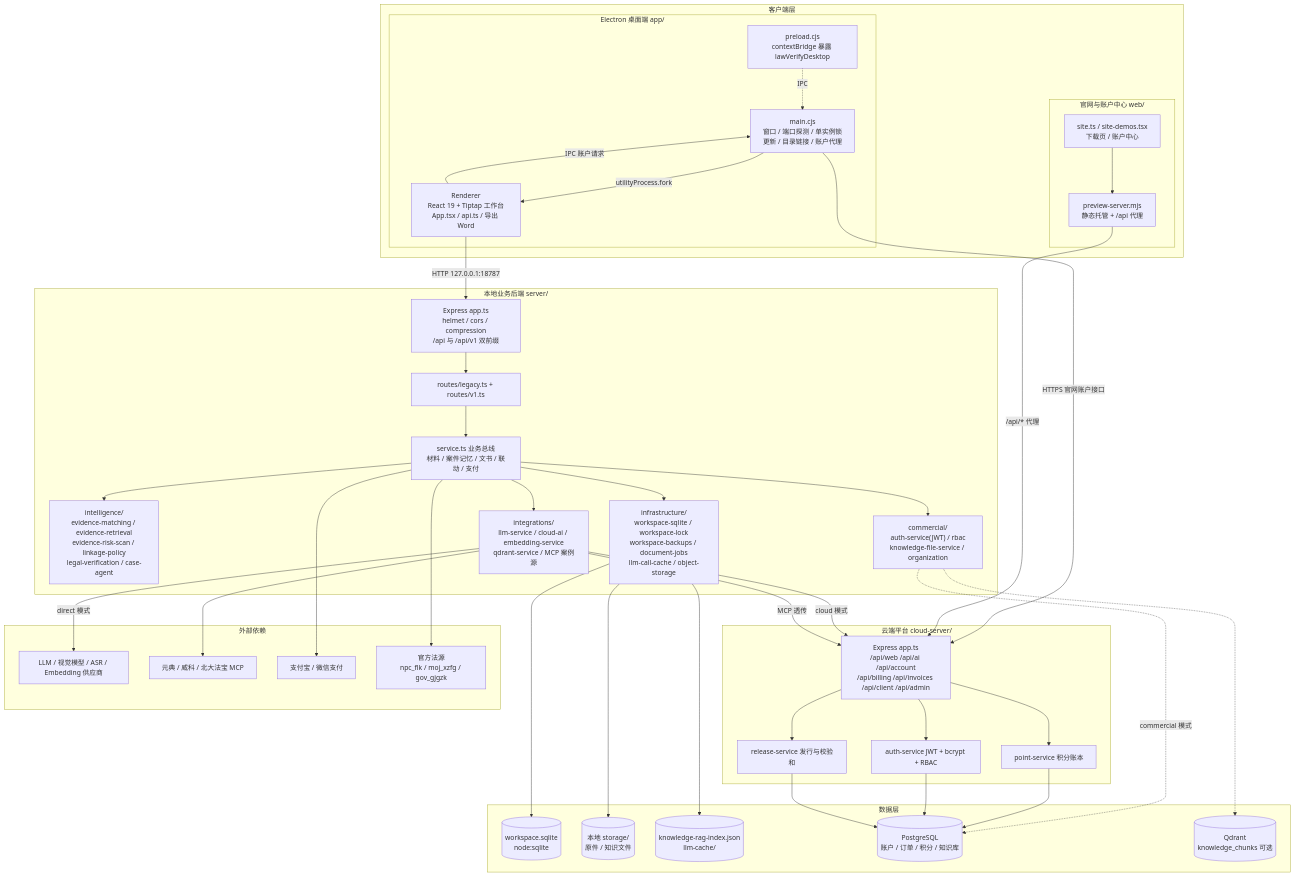
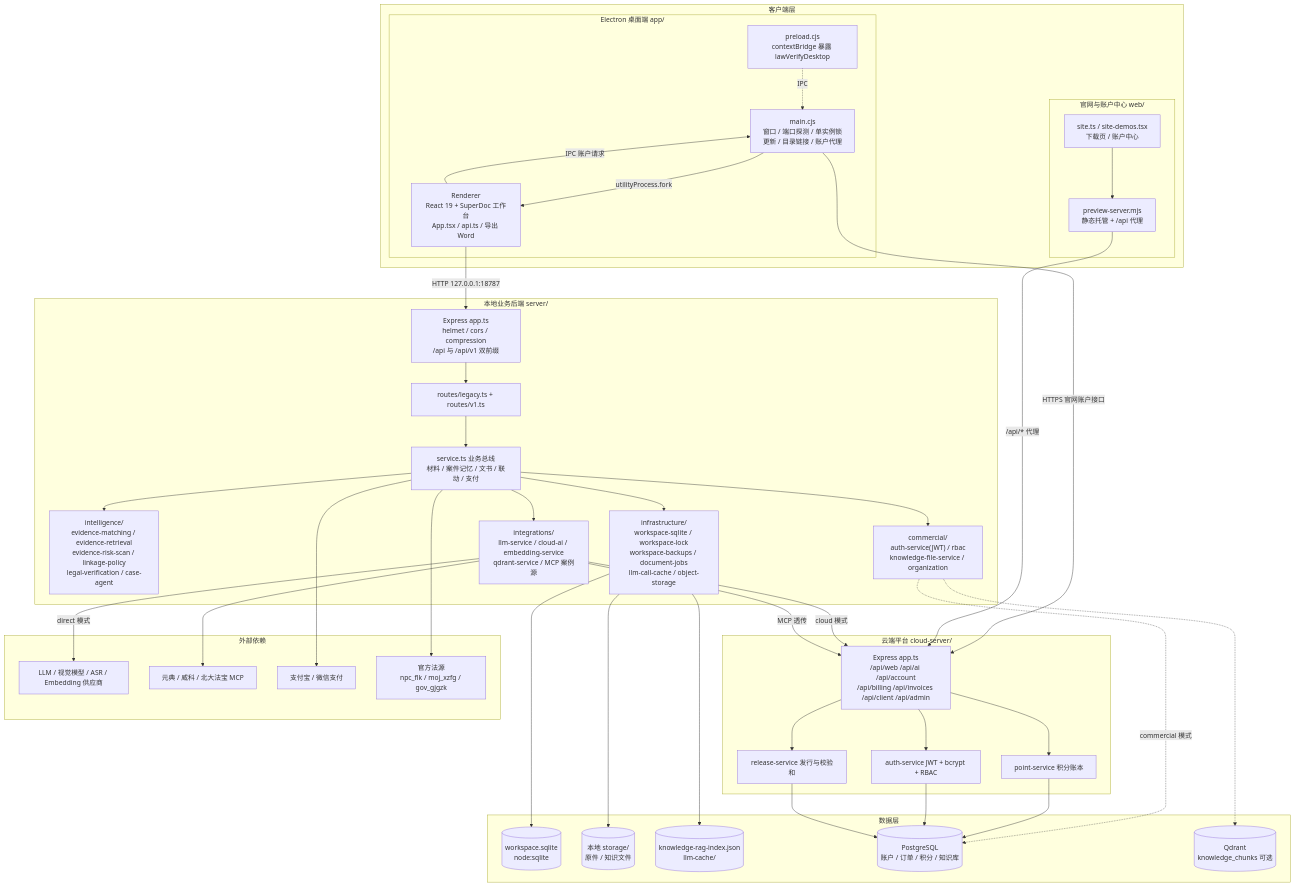
Before and after one commit to Hexuanfang/LawVerify: the first of 15 diagrams in docs/system-architecture.md, drawn with Mermaid. The commit also changed 9 other files, not shown here.

````diff
--- a/docs/system-architecture.md
+++ b/docs/system-architecture.md
@@ -26,77 +26,77 @@
 ```mermaid
 flowchart TB
   subgraph Client["客户端层"]
     subgraph Electron["Electron 桌面端 app/"]
       Main["main.cjs<br/>窗口 / 端口探测 / 单实例锁<br/>更新 / 目录链接 / 账户代理"]
       Preload["preload.cjs<br/>contextBridge 暴露 lawVerifyDesktop"]
-      Renderer["Renderer<br/>React 19 + Tiptap 工作台<br/>App.tsx / api.ts / 导出 Word"]
+      Renderer["Renderer<br/>React 19 + SuperDoc 工作台<br/>App.tsx / api.ts / 导出 Word"]
     end
     subgraph WebUI["官网与账户中心 web/"]
       Site["site.ts / site-demos.tsx<br/>下载页 / 账户中心"]
       Preview["preview-server.mjs<br/>静态托管 + /api 代理"]
     end
   end
 
   subgraph Local["本地业务后端 server/"]
     HTTP["Express app.ts<br/>helmet / cors / compression<br/>/api 与 /api/v1 双前缀"]
     Routes["routes/legacy.ts + routes/v1.ts"]
     Service["service.ts 业务总线<br/>材料 / 案件记忆 / 文书 / 联动 / 支付"]
     Intel["intelligence/<br/>evidence-matching / evidence-retrieval<br/>evidence-risk-scan / linkage-policy<br/>legal-verification / case-agent"]
     Infra["infrastructure/<br/>workspace-sqlite / workspace-lock<br/>workspace-backups / document-jobs<br/>llm-call-cache / object-storage"]
     Integrations["integrations/<br/>llm-service / cloud-ai / embedding-service<br/>qdrant-service / MCP 案例源"]
     Commercial["commercial/<br/>auth-service(JWT) / rbac<br/>knowledge-file-service / organization"]
   end
 
   subgraph Cloud["云端平台 cloud-server/"]
     CloudHTTP["Express app.ts<br/>/api/web /api/ai /api/account<br/>/api/billing /api/invoices /api/client /api/admin"]
     PointSvc["point-service 积分账本"]
     CloudAuth["auth-service JWT + bcrypt + RBAC"]
     Release["release-service 发行与校验和"]
   end
 
   subgraph Data["数据层"]
     SQLite[("workspace.sqlite<br/>node:sqlite")]
     LocalStore[("本地 storage/<br/>原件 / 知识文件")]
     Rag[("knowledge-rag-index.json<br/>llm-cache/")]
     PG[("PostgreSQL<br/>账户 / 订单 / 积分 / 知识库")]
     Qdrant[("Qdrant<br/>knowledge_chunks 可选")]
   end
 
   subgraph Ext["外部依赖"]
     Model["LLM / 视觉模型 / ASR / Embedding 供应商"]
     CaseMCP["元典 / 威科 / 北大法宝 MCP"]
     Pay["支付宝 / 微信支付"]
     Offic["官方法源<br/>npc_flk / moj_xzfg / gov_gjgzk"]
   end
 
   Main -->|utilityProcess.fork| Renderer
   Preload -.->|IPC| Main
   Renderer -->|HTTP 127.0.0.1:18787| HTTP
   Renderer -->|IPC 账户请求| Main
   Main -->|HTTPS 官网账户接口| CloudHTTP
   Site --> Preview
   Preview -->|/api/* 代理| CloudHTTP
 
   HTTP --> Routes --> Service
   Service --> Intel
   Service --> Infra
   Service --> Integrations
   Service --> Commercial
   Infra --> SQLite
   Infra --> LocalStore
   Infra --> Rag
   Commercial -.->|commercial 模式| PG
   Commercial -.-> Qdrant
   Integrations -->|cloud 模式| CloudHTTP
   Integrations -->|direct 模式| Model
   Integrations --> CaseMCP
   Integrations -->|MCP 透传| CloudHTTP
   Service --> Pay
   Service --> Offic
   CloudHTTP --> PointSvc
   CloudHTTP --> CloudAuth
   CloudHTTP --> Release
   PointSvc --> PG
   CloudAuth --> PG
   Release --> PG
 ```
````
